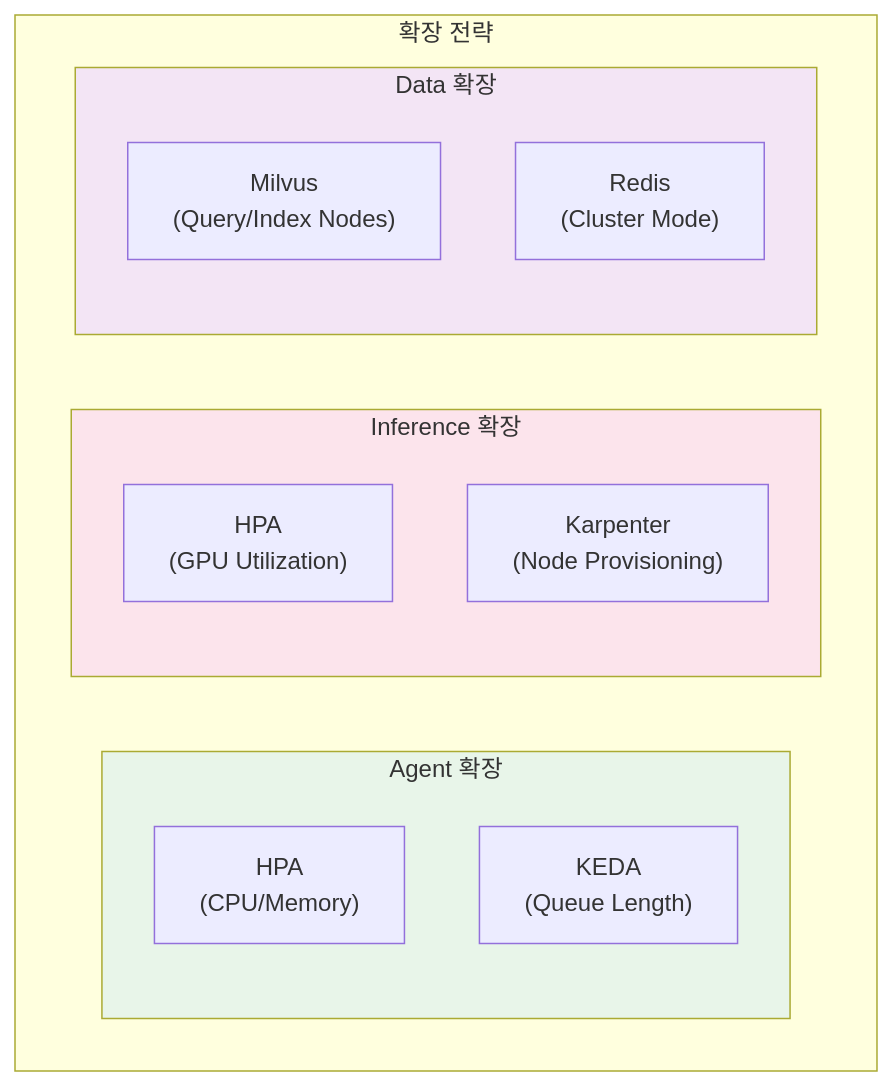
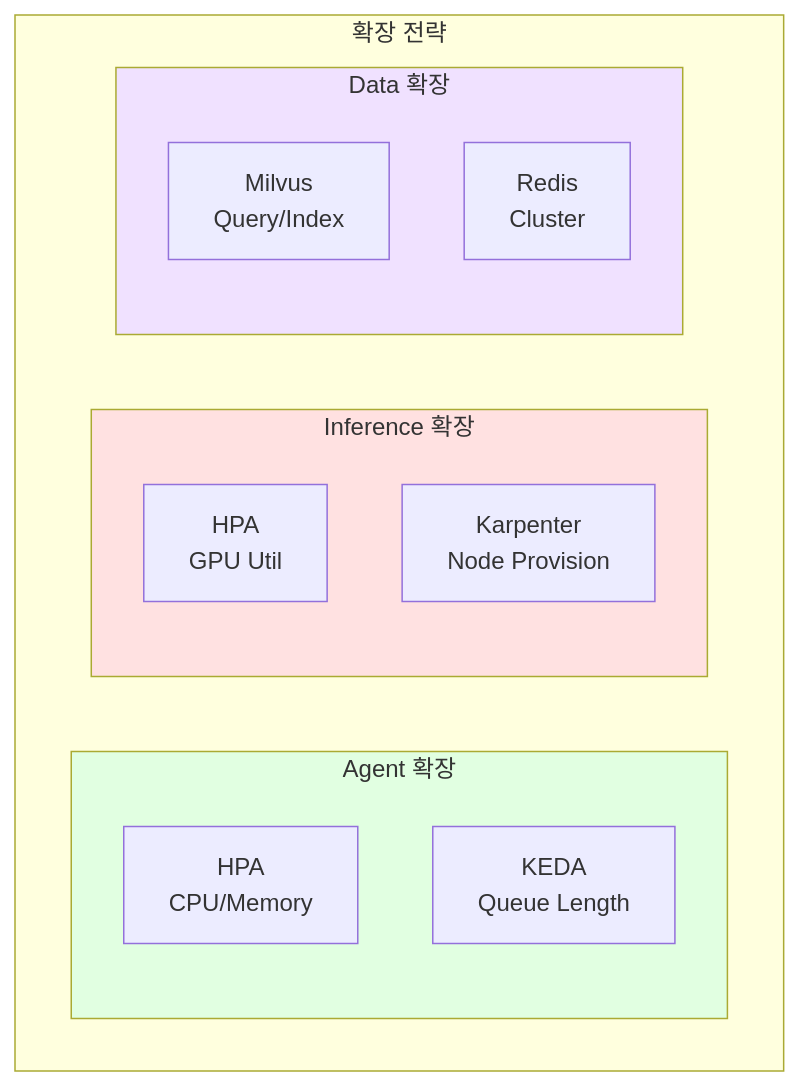
Before and after one commit to devfloor9/engineering-playbook: the seventh of 10 diagrams in docs/agentic-ai-platform/design-architecture/agentic-platform-architecture.md, drawn with Mermaid. The commit also changed other lines of this file and 24 other files, not shown here.

````diff
--- a/docs/agentic-ai-platform/design-architecture/agentic-platform-architecture.md
+++ b/docs/agentic-ai-platform/design-architecture/agentic-platform-architecture.md
@@ -621,23 +621,23 @@
 ```mermaid
-graph TB
+flowchart TD
     subgraph Scaling["확장 전략"]
-        subgraph AgentScaling["Agent 확장"]
-            HPA_AGENT["HPA<br/>(CPU/Memory)"]
-            KEDA_AGENT["KEDA<br/>(Queue Length)"]
+        subgraph AgentScale["Agent 확장"]
+            HPA_AGENT["HPA<br/>CPU/Memory"]
+            KEDA_AGENT["KEDA<br/>Queue Length"]
         end
 
-        subgraph InferenceScaling["Inference 확장"]
-            HPA_VLLM["HPA<br/>(GPU Utilization)"]
-            KARPENTER["Karpenter<br/>(Node Provisioning)"]
+        subgraph InferenceScale["Inference 확장"]
+            HPA_VLLM["HPA<br/>GPU Util"]
+            KARPENTER["Karpenter<br/>Node Provision"]
         end
 
-        subgraph DataScaling["Data 확장"]
-            MILVUS_SCALE["Milvus<br/>(Query/Index Nodes)"]
-            REDIS_SCALE["Redis<br/>(Cluster Mode)"]
+        subgraph DataScale["Data 확장"]
+            MILVUS_SCALE["Milvus<br/>Query/Index"]
+            REDIS_SCALE["Redis<br/>Cluster"]
         end
     end
 
-    style AgentScaling fill:#e8f5e9
-    style InferenceScaling fill:#fce4ec
-    style DataScaling fill:#f3e5f5
+    style AgentScale fill:#e1ffe1
+    style InferenceScale fill:#ffe1e1
+    style DataScale fill:#f0e1ff
 ```
````
